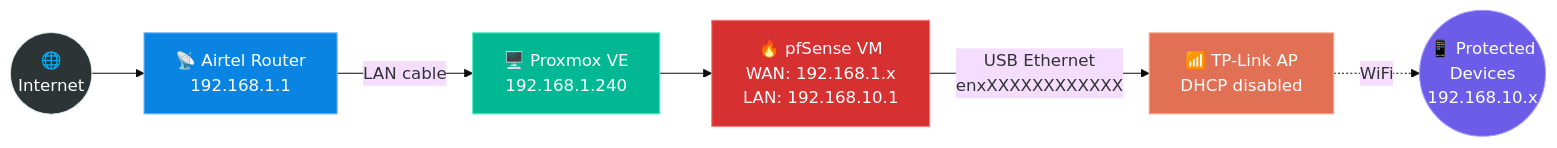
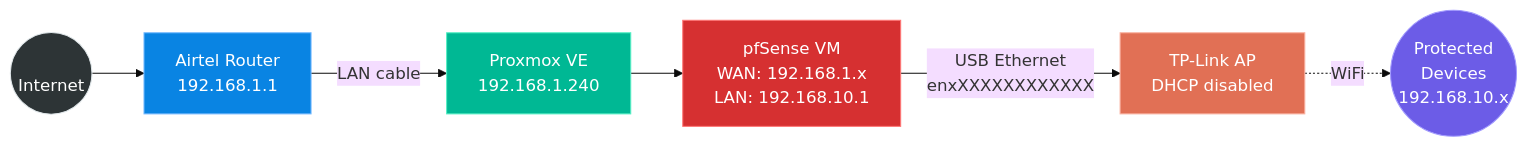
One commit to ull0sm/pfsense-config-notes changed the diagram in README.md. Above: the diagram before and after it, drawn with Mermaid (base theme). The commit also changed other lines of this file and 3 other files, not shown here.

````diff
--- a/README.md
+++ b/README.md
@@ -19,15 +19,15 @@
 ```mermaid
 flowchart LR
-    A(("🌐\nInternet")) --> B["📡 Airtel Router\n192.168.1.1"]
-    B -->|"LAN cable"| C["🖥️ Proxmox VE\n192.168.1.240"]
-    C --> D["🔥 pfSense VM\nWAN: 192.168.1.x\nLAN: 192.168.10.1"]
-    D -->|"USB Ethernet\nenxXXXXXXXXXXXX"| E["📶 TP-Link AP\nDHCP disabled"]
-    E -.->|"WiFi"| F(("📱 Protected\nDevices\n192.168.10.x"))
+    A(("\nInternet")) --> B["Airtel Router\n192.168.1.1"]
+    B -->|"LAN cable"| C[" Proxmox VE\n192.168.1.240"]
+    C --> D["pfSense VM\nWAN: 192.168.1.x\nLAN: 192.168.10.1"]
+    D -->|"USB Ethernet\nenxXXXXXXXXXXXX"| E["TP-Link AP\nDHCP disabled"]
+    E -.->|"WiFi"| F(("Protected\nDevices\n192.168.10.x"))
 
     style A fill:#2d3436,stroke:#dfe6e9,color:#fff
     style B fill:#0984e3,stroke:#74b9ff,color:#fff
     style C fill:#00b894,stroke:#55efc4,color:#fff
     style D fill:#d63031,stroke:#ff7675,color:#fff
     style E fill:#e17055,stroke:#fab1a0,color:#fff
     style F fill:#6c5ce7,stroke:#a29bfe,color:#fff
 ```
````
